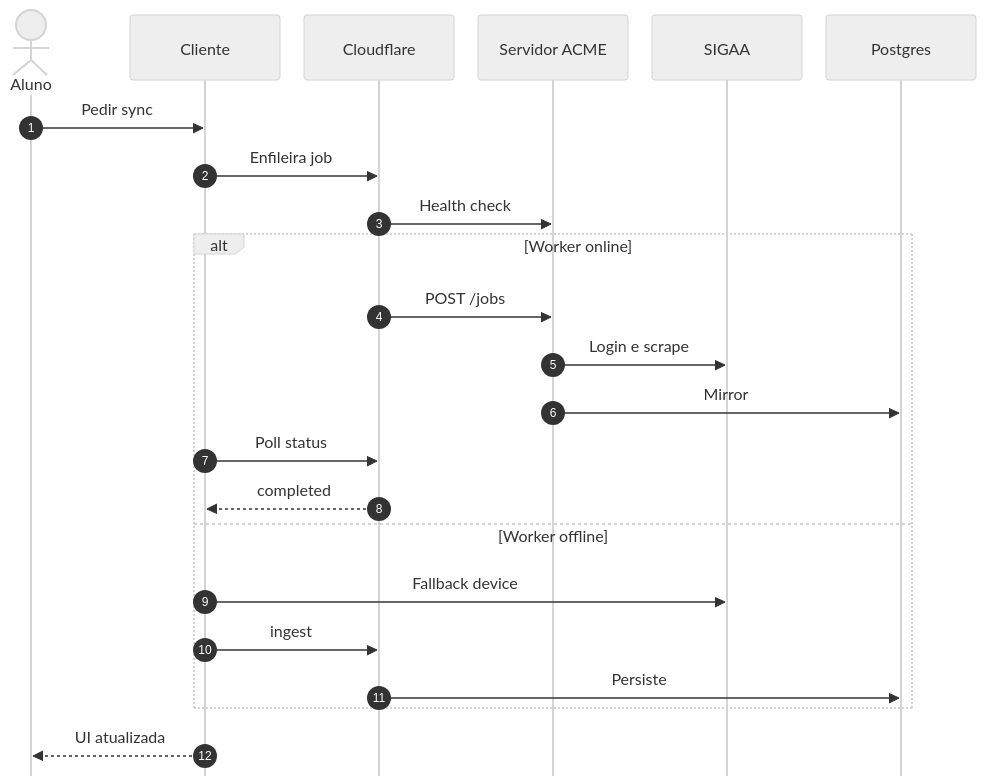
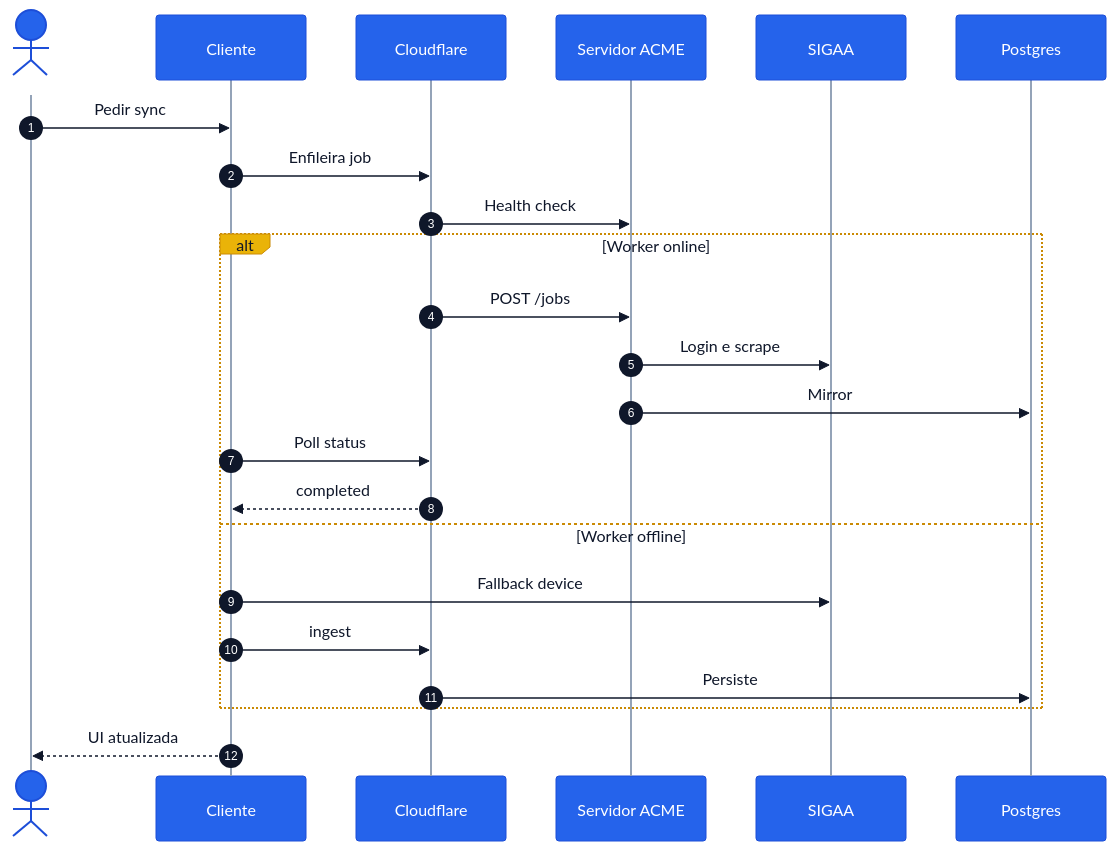
Before and after one commit to KairoHenrique/CEFET-Academic-Planner: the second of 5 diagrams in README.md, drawn with Mermaid. The commit also changed other lines of this file, not shown here.

Commit message:
docs: corrige tabela do README e Mermaid com cores vivas

````diff
--- a/README.md
+++ b/README.md
@@ -164,29 +165,29 @@
 ```mermaid
-%%{init: {"theme": "neutral", "sequence": {"mirrorActors": false, "actorMargin": 24, "messageMargin": 36}}}%%
+%%{init: {"theme": "base", "themeVariables": {"actorBkg": "#2563EB", "actorTextColor": "#FFFFFF", "actorBorder": "#1D4ED8", "actorLineColor": "#94A3B8", "signalColor": "#0F172A", "signalTextColor": "#0F172A", "labelBoxBkgColor": "#EAB308", "labelBoxBorderColor": "#CA8A04", "labelTextColor": "#111827", "loopTextColor": "#0F172A", "activationBkgColor": "#FDBA74", "activationBorderColor": "#EA580C", "sequenceNumberColor": "#FFFFFF", "noteBkgColor": "#FEF3C7", "noteTextColor": "#111827", "noteBorderColor": "#EAB308"}}}%%
 sequenceDiagram
   autonumber
   actor Aluno
   participant App as Cliente
   participant API as Cloudflare
   participant Worker as Servidor ACME
   participant SIGAA
   participant DB as Postgres
 
   Aluno->>App: Pedir sync
   App->>API: Enfileira job
   API->>Worker: Health check
 
   alt Worker online
     API->>Worker: POST /jobs
     Worker->>SIGAA: Login e scrape
     Worker->>DB: Mirror
     App->>API: Poll status
     API-->>App: completed
   else Worker offline
     App->>SIGAA: Fallback device
     App->>API: ingest
     API->>DB: Persiste
   end
 
   App-->>Aluno: UI atualizada
 ```
````
